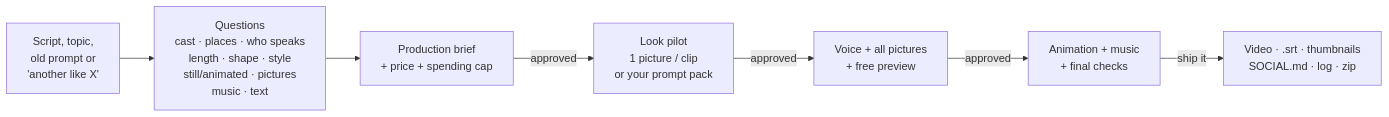
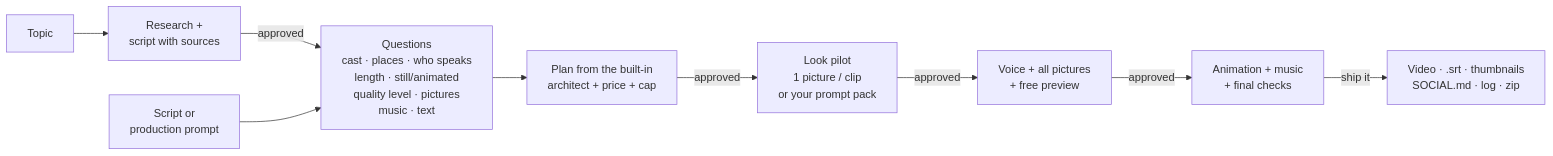
The diagram in README.md (Topnotch1851/script-to-video), drawn with Mermaid before and after one commit. The commit also changed other lines of this file and 31 other files, not shown here.

First line of the commit message:
1.1.0: built-in architect, quality menu, research, director mode

````diff
--- a/README.md
+++ b/README.md
@@ -66,9 +78,10 @@
 ```mermaid
 flowchart LR
-  A[Script, topic,<br/>old prompt or<br/>'another like X'] --> B[Questions<br/>cast · places · who speaks<br/>length · shape · style<br/>still/animated · pictures<br/>music · text]
-  B --> C[Production brief<br/>+ price + spending cap]
+  T[Topic] --> R[Research +<br/>script with sources] -->|approved| B
+  A[Script or<br/>production prompt] --> B[Questions<br/>cast · places · who speaks<br/>length · still/animated<br/>quality level · pictures<br/>music · text]
+  B --> C[Plan from the built-in<br/>architect + price + cap]
   C -->|approved| D[Look pilot<br/>1 picture / clip<br/>or your prompt pack]
   D -->|approved| E[Voice + all pictures<br/>+ free preview]
   E -->|approved| F[Animation + music<br/>+ final checks]
   F -->|ship it| G[Video · .srt · thumbnails<br/>SOCIAL.md · log · zip]
 ```
````
